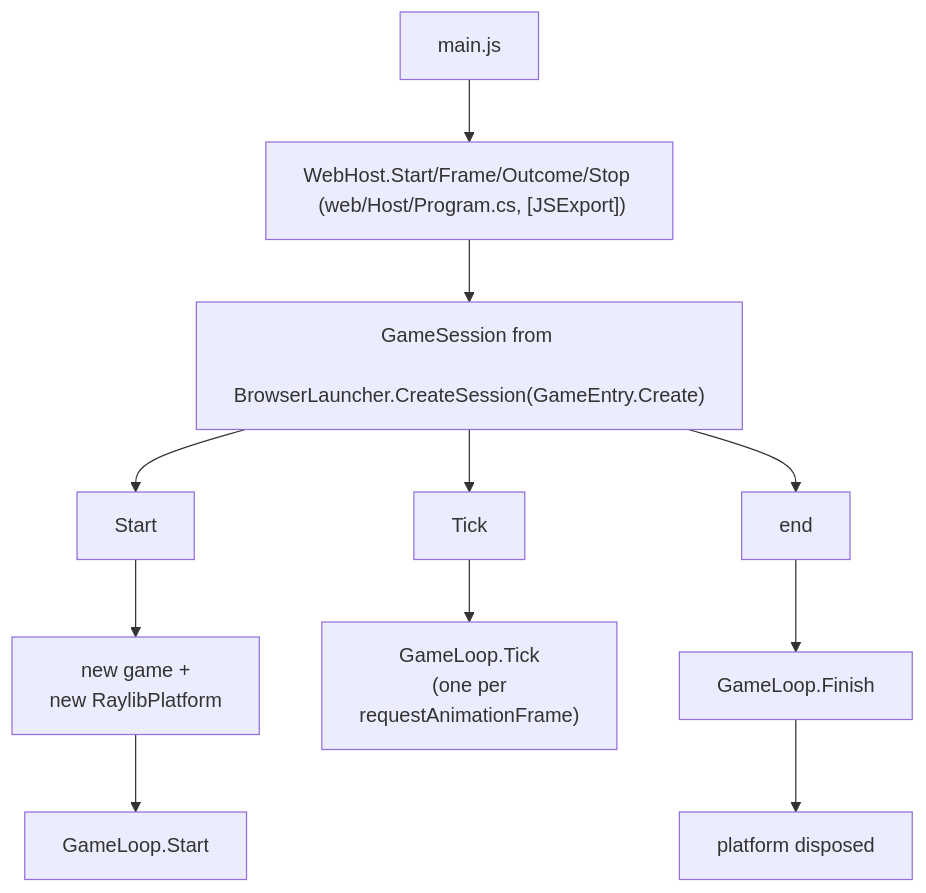
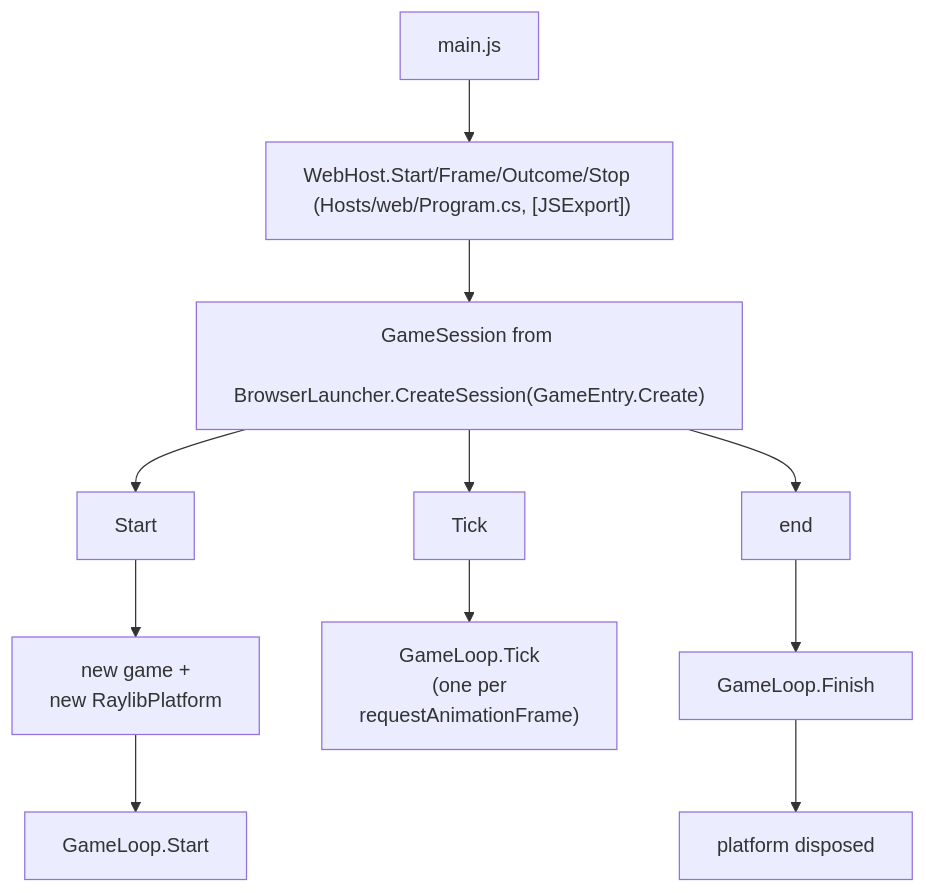
The third of 4 diagrams in docs/reference/components.md (NastMz/MicroEngine), drawn with Mermaid before and after one commit. The commit also changed other lines of this file and 28 other files, not shown here.

````diff
--- a/docs/reference/components.md
+++ b/docs/reference/components.md
@@ -102,10 +104,10 @@
 ```mermaid
 flowchart TB
   accTitle: Browser call flow
   accDescr: main.js calls WebHost, which uses a GameSession from BrowserLauncher.CreateSession; the session starts, ticks and ends the game loop.
-  main["main.js"] --> host["WebHost.Start/Frame/Outcome/Stop <br/> (web/Host/Program.cs, [JSExport])"]
+  main["main.js"] --> host["WebHost.Start/Frame/Outcome/Stop <br/> (Hosts/web/Program.cs, [JSExport])"]
   host --> session["GameSession from <br/> BrowserLauncher.CreateSession(GameEntry.Create)"]
   session --> start["Start"] --> create["new game + <br/> new RaylibPlatform"] --> loopStart["GameLoop.Start"]
   session --> tick["Tick"] --> loopTick["GameLoop.Tick <br/> (one per <br/> requestAnimationFrame)"]
   session --> stop["end"] --> finish["GameLoop.Finish"] --> disposed["platform disposed"]
 ```
````
